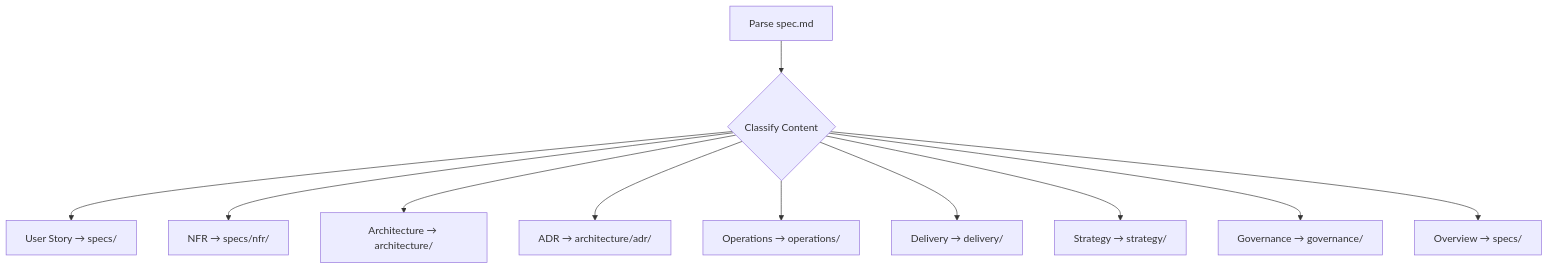
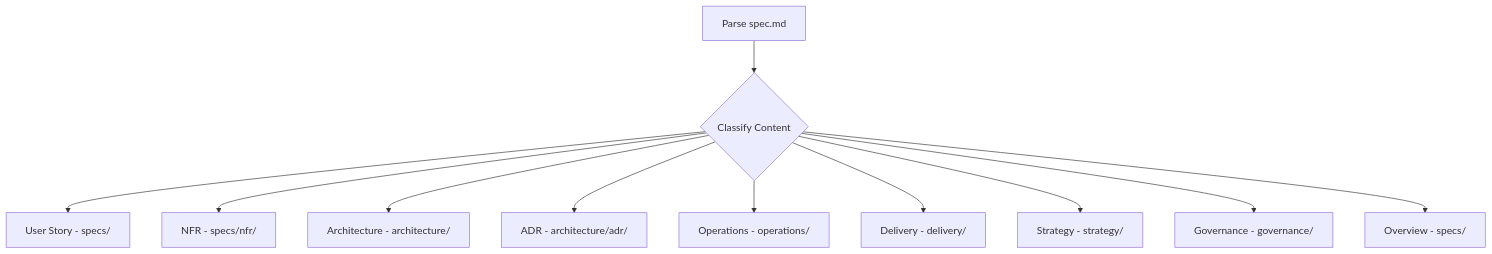
One commit to anton-abyzov/specweave changed the fourth of 4 diagrams in docs-site/docs/glossary/terms/living-docs.md. Above: the diagram before and after it, drawn with Mermaid. The commit also changed other lines of this file and 23 other files, not shown here.

Commit message:
fix: repair 24 broken Mermaid diagrams — quote special chars, fix state/sequence syntax

````diff
--- a/docs-site/docs/glossary/terms/living-docs.md
+++ b/docs-site/docs/glossary/terms/living-docs.md
@@ -190,13 +190,13 @@
 ```mermaid
 graph TB
     A[Parse spec.md] --> B{Classify Content}
-    B --> C1[User Story → specs/]
-    B --> C2[NFR → specs/nfr/]
-    B --> C3[Architecture → architecture/]
-    B --> C4[ADR → architecture/adr/]
-    B --> C5[Operations → operations/]
-    B --> C6[Delivery → delivery/]
-    B --> C7[Strategy → strategy/]
-    B --> C8[Governance → governance/]
-    B --> C9[Overview → specs/]
+    B --> C1["User Story - specs/"]
+    B --> C2["NFR - specs/nfr/"]
+    B --> C3["Architecture - architecture/"]
+    B --> C4["ADR - architecture/adr/"]
+    B --> C5["Operations - operations/"]
+    B --> C6["Delivery - delivery/"]
+    B --> C7["Strategy - strategy/"]
+    B --> C8["Governance - governance/"]
+    B --> C9["Overview - specs/"]
 ```
````
